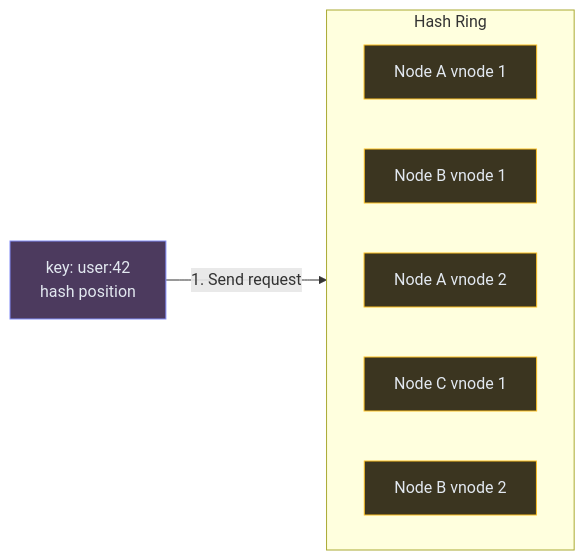
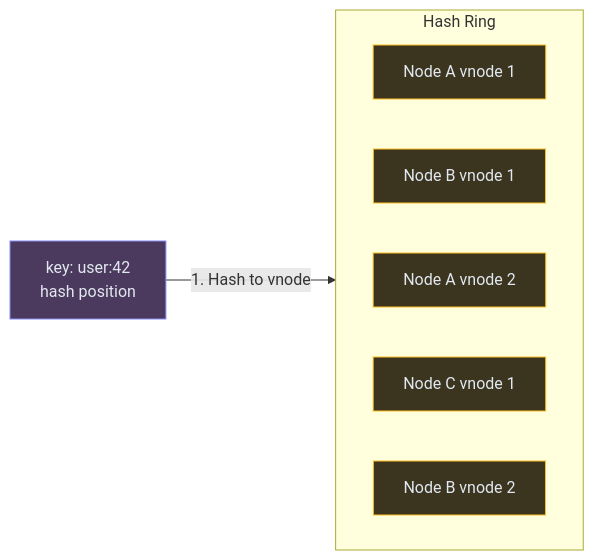
The seventh of 10 diagrams in content/hld/KeyValueStore.md (iluzn/HLD-Designs), drawn with Mermaid before and after one commit. The commit also changed other lines of this file and 27 other files, not shown here.

````diff
--- a/content/hld/KeyValueStore.md
+++ b/content/hld/KeyValueStore.md
@@ -354,17 +354,17 @@
 ```mermaid
 flowchart LR
     subgraph "Hash Ring"
         direction LR
         VN1["Node A vnode 1"]:::data
         VN2["Node B vnode 1"]:::data
         VN3["Node A vnode 2"]:::data
         VN4["Node C vnode 1"]:::data
         VN5["Node B vnode 2"]:::data
     end
 
     KEY["key: user:42<br/>hash position"]:::client
-    KEY -->|"1. Send request"| VN2
+    KEY -->|"1. Hash to vnode"| VN2
 
     classDef client fill:#4c3a5e,stroke:#818cf8,color:#e2e8f0
     classDef data fill:#3b3520,stroke:#fbbf24,color:#e2e8f0
 ```
````
